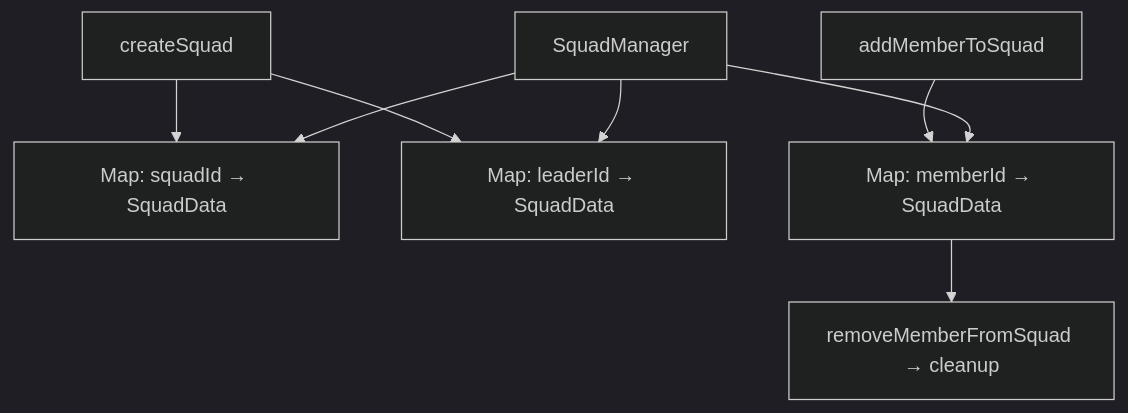
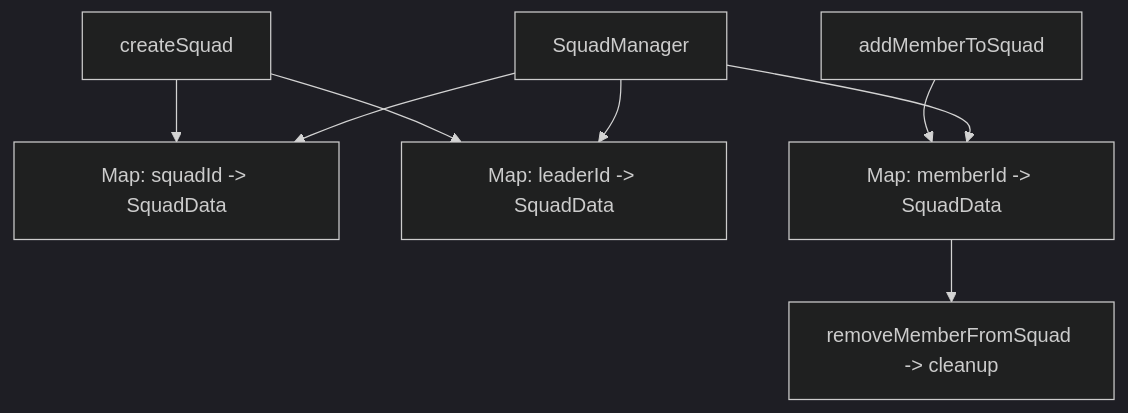
One commit to MegiTicky/steves_army changed diagram 17 of 27 in ARCHITECTURE.md. Above: the diagram before and after it, drawn with Mermaid (dark theme). The commit also changed other lines of this file, not shown here.

Commit message:
Fix ARCHITECTURE.md: replace broken unicode chars and Mermaid HTML tags with ASCII

````diff
--- a/ARCHITECTURE.md
+++ b/ARCHITECTURE.md
@@ -584,12 +584,12 @@
 ```mermaid
 flowchart TD
-    SM[SquadManager] --> SBY_ID[Map: squadId → SquadData]
-    SM --> SBY_LEADER[Map: leaderId → SquadData]
-    SM --> SBY_MEMBER[Map: memberId → SquadData]
+    SM[SquadManager] --> SBY_ID[Map: squadId -> SquadData]
+    SM --> SBY_LEADER[Map: leaderId -> SquadData]
+    SM --> SBY_MEMBER[Map: memberId -> SquadData]
     
     CREATE[createSquad] --> SBY_LEADER
     CREATE --> SBY_ID
     
     ADD[addMemberToSquad] --> SBY_MEMBER
-    SBY_MEMBER --> REM[removeMemberFromSquad → cleanup]
+    SBY_MEMBER --> REM[removeMemberFromSquad -> cleanup]
 ```
````
